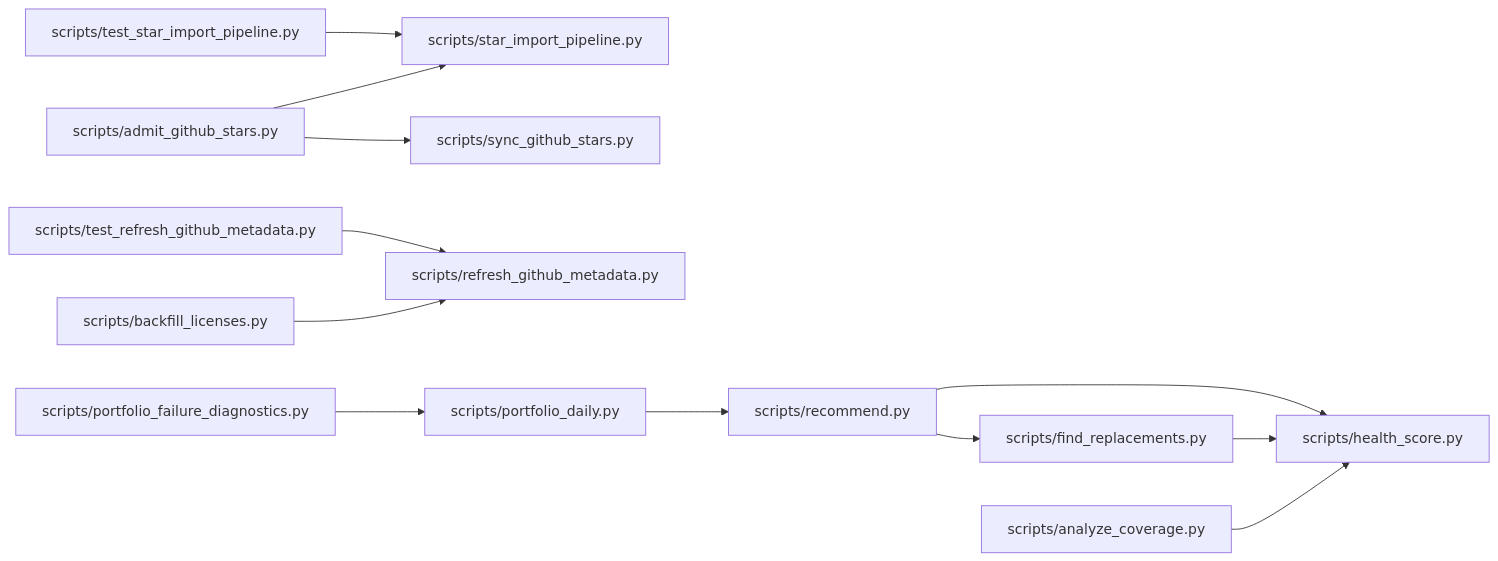
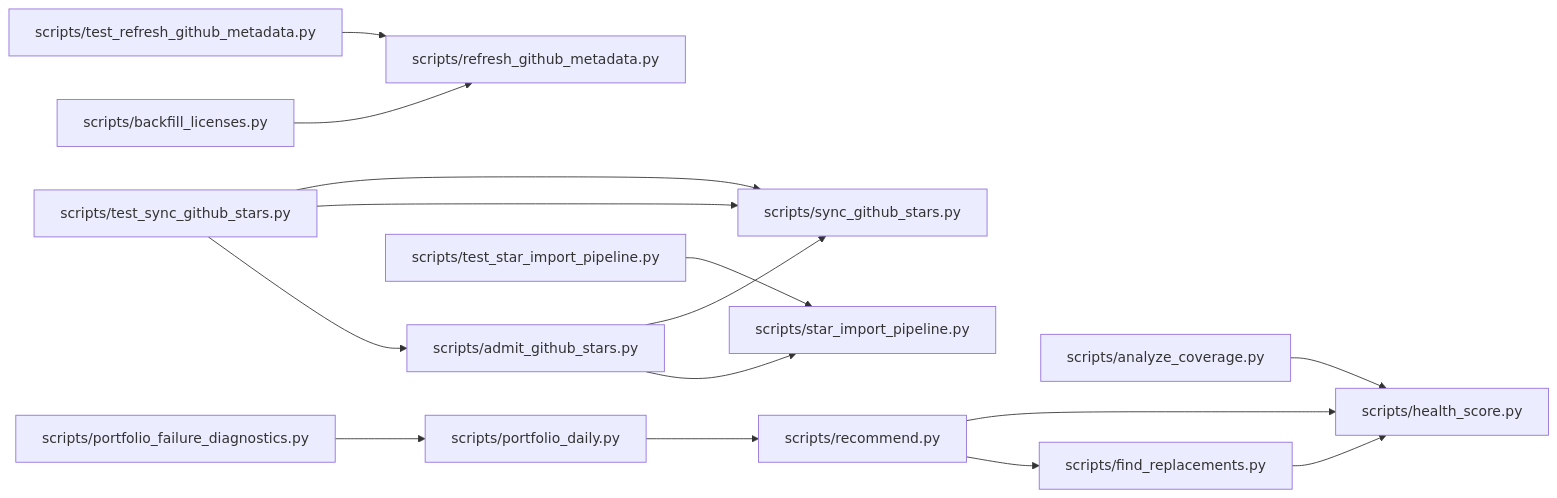
One commit to dbrckk/star-list changed the diagram in .ai/brain/architecture.mmd. Above: the diagram before and after it, drawn with Mermaid. The commit also changed 70 other files, not shown here.

```diff
--- a/.ai/brain/architecture.mmd
+++ b/.ai/brain/architecture.mmd
@@ -1,12 +1,15 @@
 flowchart LR
   n8d03612ec4["scripts/admit_github_stars.py"] --> n83b2d4016a["scripts/star_import_pipeline.py"]
   n8d03612ec4["scripts/admit_github_stars.py"] --> n9ec765cbfe["scripts/sync_github_stars.py"]
   n493b546fce["scripts/analyze_coverage.py"] --> n61da7feb3f["scripts/health_score.py"]
   nbea452dbc9["scripts/backfill_licenses.py"] --> n673a0bb367["scripts/refresh_github_metadata.py"]
   n3c5af248bc["scripts/find_replacements.py"] --> n61da7feb3f["scripts/health_score.py"]
   n9c65ddcee9["scripts/portfolio_daily.py"] --> n6b33751c21["scripts/recommend.py"]
   nc1854cfb67["scripts/portfolio_failure_diagnostics.py"] --> n9c65ddcee9["scripts/portfolio_daily.py"]
   n6b33751c21["scripts/recommend.py"] --> n3c5af248bc["scripts/find_replacements.py"]
   n6b33751c21["scripts/recommend.py"] --> n61da7feb3f["scripts/health_score.py"]
   nfc3af7e38e["scripts/test_refresh_github_metadata.py"] --> n673a0bb367["scripts/refresh_github_metadata.py"]
   n0c8a572d8b["scripts/test_star_import_pipeline.py"] --> n83b2d4016a["scripts/star_import_pipeline.py"]
+  n895eef35e5["scripts/test_sync_github_stars.py"] --> n8d03612ec4["scripts/admit_github_stars.py"]
+  n895eef35e5["scripts/test_sync_github_stars.py"] --> n9ec765cbfe["scripts/sync_github_stars.py"]
+  n895eef35e5["scripts/test_sync_github_stars.py"] --> n9ec765cbfe["scripts/sync_github_stars.py"]
```
